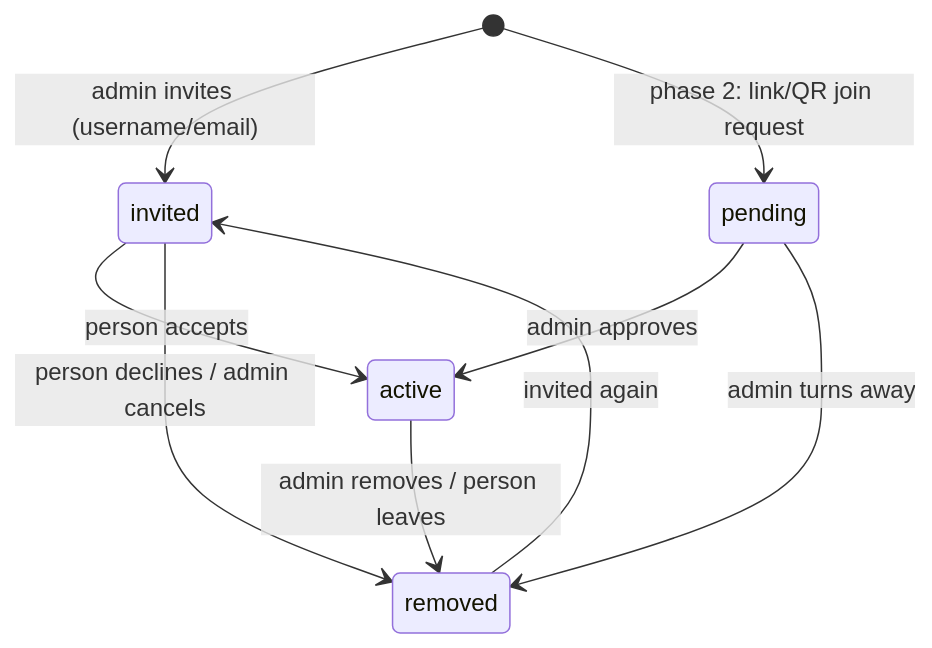
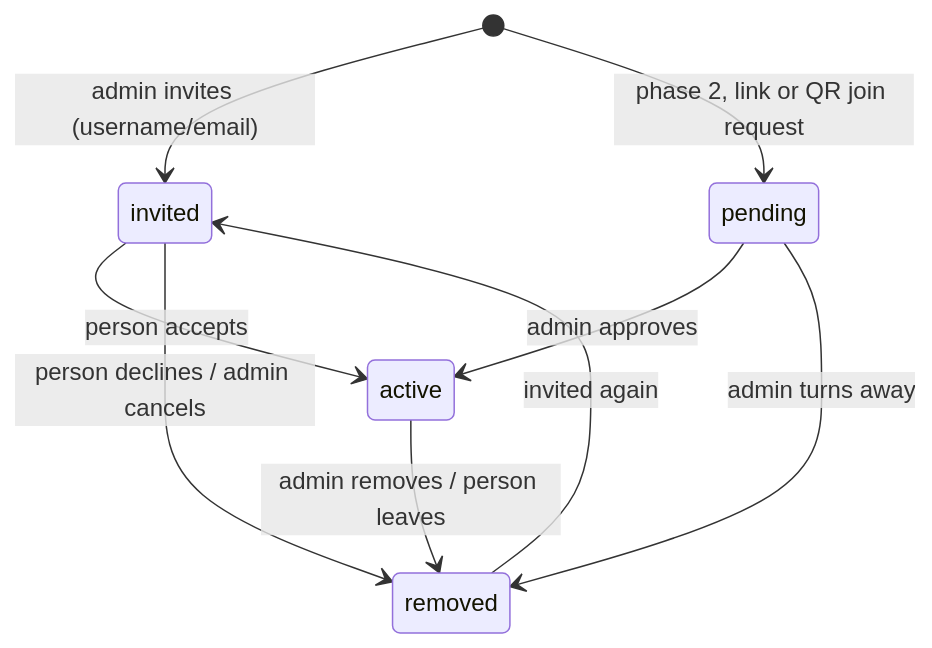
One commit to nikhil174/split-expense- changed the fourth of 4 diagrams in docs/system-design.md. Above: the diagram before and after it, drawn with Mermaid. The commit also changed other lines of this file and 3 other files, not shown here.

````diff
--- a/docs/system-design.md
+++ b/docs/system-design.md
@@ -109,11 +111,11 @@
 ```mermaid
 stateDiagram-v2
   [*] --> invited: admin invites (username/email)
-  [*] --> pending: phase 2: link/QR join request
+  [*] --> pending: phase 2, link or QR join request
   invited --> active: person accepts
   invited --> removed: person declines / admin cancels
   pending --> active: admin approves
   pending --> removed: admin turns away
   active --> removed: admin removes / person leaves
   removed --> invited: invited again
 ```
````
